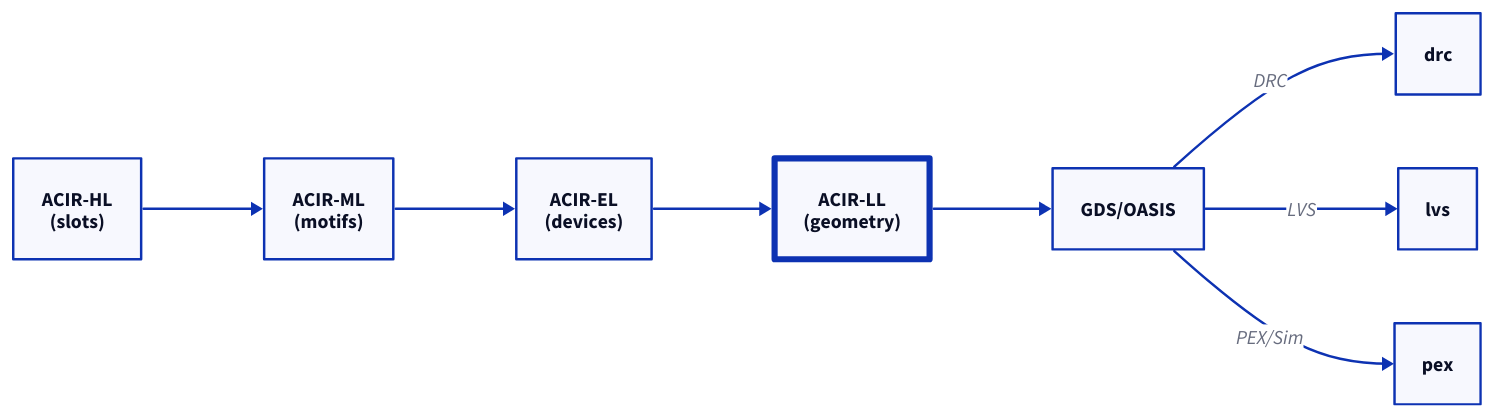
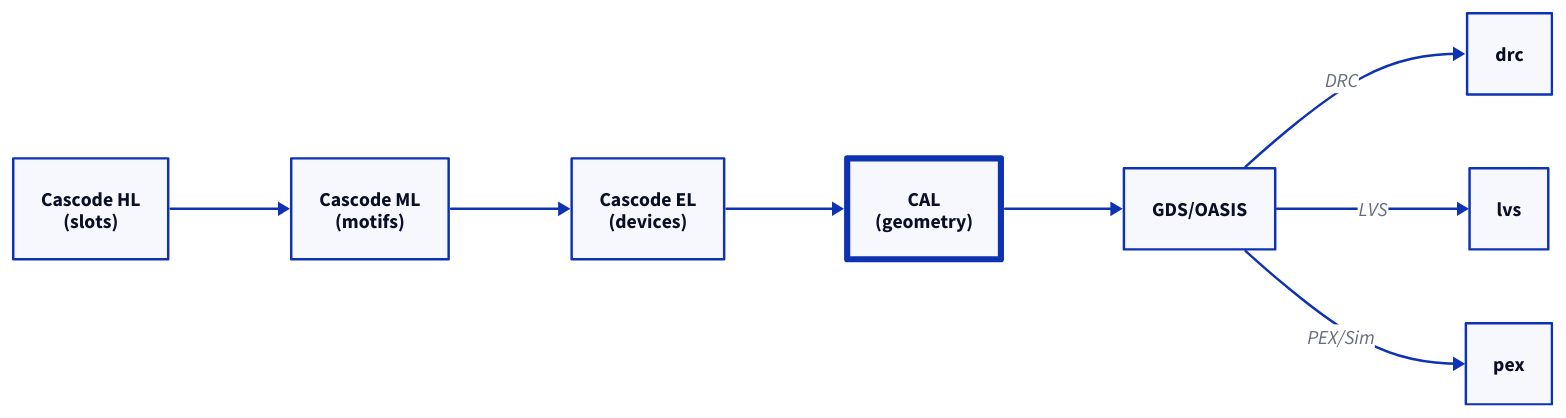
Before and after one commit to daniellovell/cascode: the diagram in docs/rfcs/resources/0001/acir-ll.d2, drawn with D2. The commit also changed 10 other files, not shown here. The source asks for the TALA layout; these drawings use dagre instead.

```diff
--- a/docs/rfcs/resources/0001/acir-ll.d2
+++ b/docs/rfcs/resources/0001/acir-ll.d2
@@ -1,20 +1,20 @@
 vars: {
   d2-config: {
     layout-engine: tala
   }
 }
 
 direction: right
 
-acir_hl: "ACIR-HL\n(slots)"
-acir_ml: "ACIR-ML\n(motifs)"
-acir_el: "ACIR-EL\n(devices)"
-acir_ll: "ACIR-LL\n(geometry)" {
+cas_hl: "Cascode HL\n(slots)"
+cas_ml: "Cascode ML\n(motifs)"
+cas_el: "Cascode EL\n(devices)"
+cal: "CAL\n(geometry)" {
   style.stroke-width: 5
 }
 gds: "GDS/OASIS"
 
-acir_hl -> acir_ml -> acir_el -> acir_ll -> gds
+cas_hl -> cas_ml -> cas_el -> cal -> gds
 gds -> drc: "DRC"
 gds -> lvs: "LVS"
 gds -> pex: "PEX/Sim"
```
